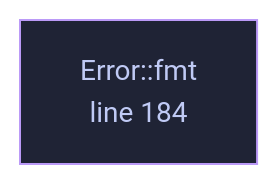
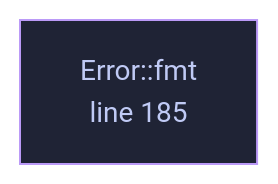
Before and after one commit to tilas01/veilvoice: the diagram in docs/files/veilvoice-crypto/lib.md, drawn with Mermaid. The commit also changed other lines of this file and 550 other files, not shown here.

````diff
--- a/docs/files/veilvoice-crypto/lib.md
+++ b/docs/files/veilvoice-crypto/lib.md
@@ -118,8 +118,8 @@
 ```mermaid
 %%{init: {"theme":"base","themeVariables":{"background":"#1a1b26","primaryColor":"#1f2335","primaryTextColor":"#c0caf5","primaryBorderColor":"#7aa2f7","secondaryColor":"#16161e","tertiaryColor":"#16161e","lineColor":"#737aa2","textColor":"#c0caf5","mainBkg":"#1f2335","nodeBorder":"#7aa2f7","clusterBkg":"#16161e","clusterBorder":"#2f3549","fontFamily":"ui-monospace, SFMono-Regular, Consolas, monospace","fontSize":"14px"}}}%%
 flowchart TD
-    n_fmt["Error::fmt<br/>line 184"]
-    click n_fmt href "https://github.com/tilas01/veilvoice/blob/main/crates/veilvoice-crypto/src/lib.rs#L184" "open the source"
+    n_fmt["Error::fmt<br/>line 185"]
+    click n_fmt href "https://github.com/tilas01/veilvoice/blob/main/crates/veilvoice-crypto/src/lib.rs#L185" "open the source"
     classDef helper fill:#1f2335,stroke:#bb9af7,color:#c0caf5
     class n_fmt helper
 ```
````
